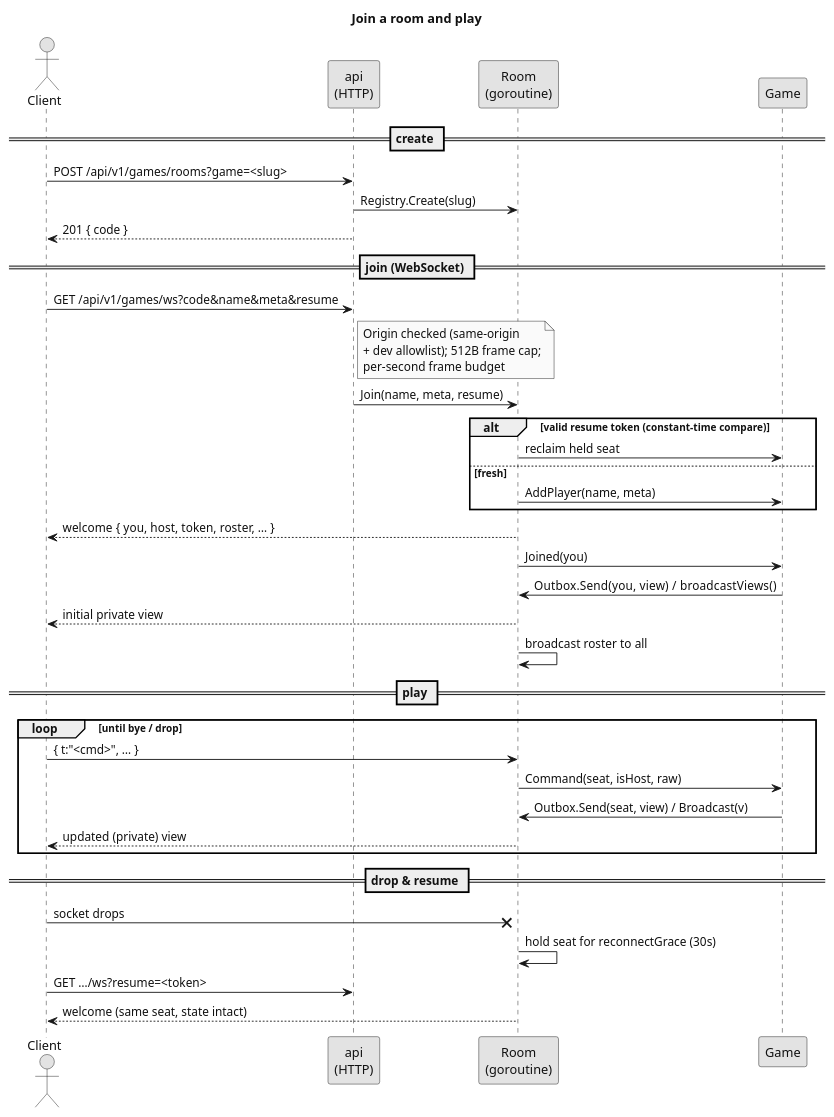
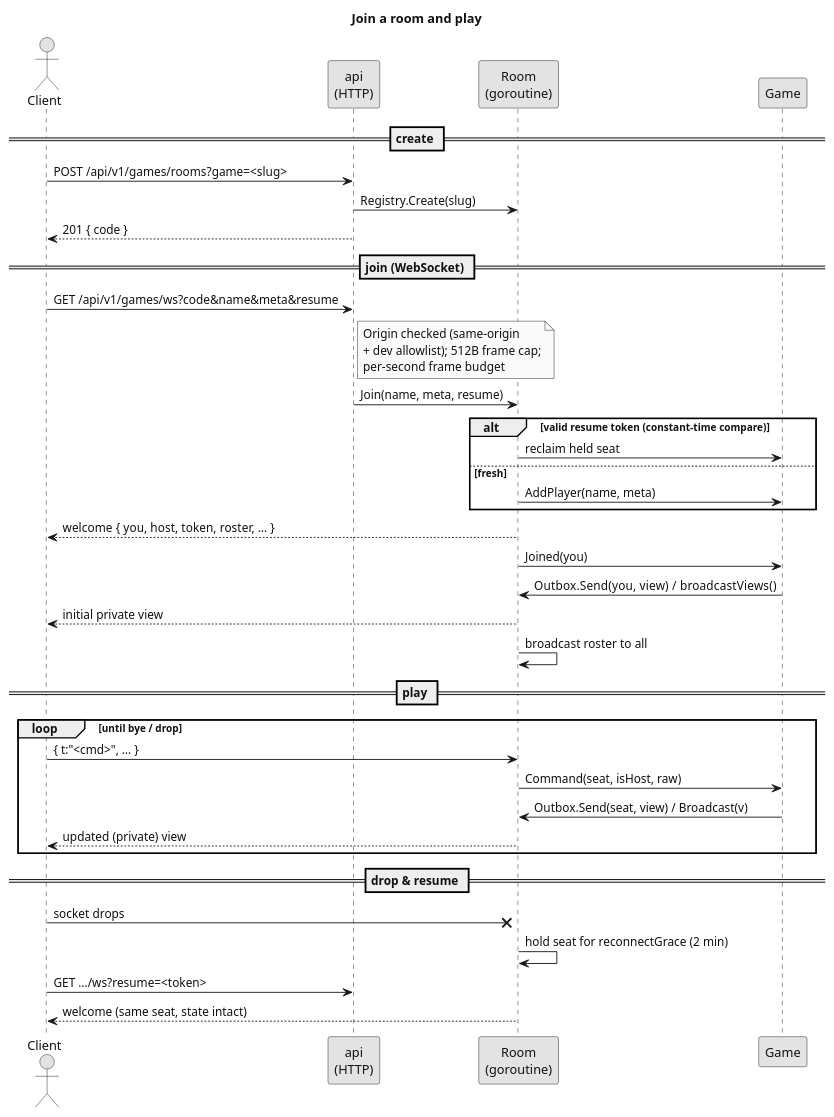
The fourth of 5 diagrams in docs/games-architecture.md (Niklasvdm/TotemAppIT), drawn with PlantUML before and after one commit. The commit also changed other lines of this file and 33 other files, not shown here.

````diff
--- a/docs/games-architecture.md
+++ b/docs/games-architecture.md
@@ -273,47 +273,47 @@
 ```plantuml
 @startuml ws-sequence
 title Join a room and play
 skinparam shadowing false
 skinparam backgroundColor #FFFFFF
 skinparam monochrome true
 skinparam defaultFontColor #111111
 actor Client
 participant "api\n(HTTP)" as API
 participant "Room\n(goroutine)" as Room
 participant "Game" as Game
 
 == create ==
 Client -> API : POST /api/v1/games/rooms?game=<slug>
 API -> Room : Registry.Create(slug)
 API --> Client : 201 { code }
 
 == join (WebSocket) ==
 Client -> API : GET /api/v1/games/ws?code&name&meta&resume
 note right of API : Origin checked (same-origin\n+ dev allowlist); 512B frame cap;\nper-second frame budget
 API -> Room : Join(name, meta, resume)
 alt valid resume token (constant-time compare)
   Room -> Game : reclaim held seat
 else fresh
   Room -> Game : AddPlayer(name, meta)
 end
 Room --> Client : welcome { you, host, token, roster, … }
 Room -> Game : Joined(you)
 Game -> Room : Outbox.Send(you, view)  /  broadcastViews()
 Room --> Client : initial private view
 Room -> Room : broadcast roster to all
 
 == play ==
 loop until bye / drop
   Client -> Room : { t:"<cmd>", … }
   Room -> Game : Command(seat, isHost, raw)
   Game -> Room : Outbox.Send(seat, view) / Broadcast(v)
   Room --> Client : updated (private) view
 end
 
 == drop & resume ==
 Client -x Room : socket drops
-Room -> Room : hold seat for reconnectGrace (30s)
+Room -> Room : hold seat for reconnectGrace (2 min)
 Client -> API : GET …/ws?resume=<token>
 Room --> Client : welcome (same seat, state intact)
 @enduml
 ```
````
